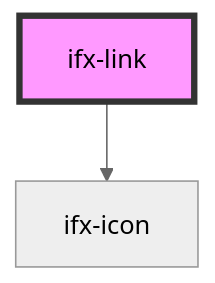
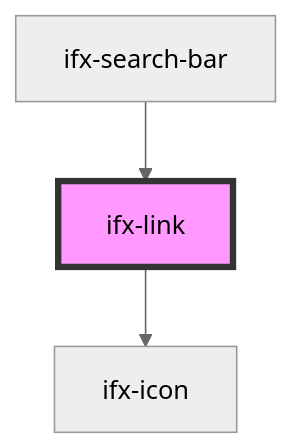
One commit to Infineon/infineon-design-system-stencil changed the diagram in src/components/link/readme.md. Above: the diagram before and after it, drawn with Mermaid (neutral theme). The commit also changed other lines of this file and 19 other files, not shown here.

````diff
--- a/src/components/link/readme.md
+++ b/src/components/link/readme.md
@@ -26,5 +30,6 @@
 ```mermaid
 graph TD;
   ifx-link --> ifx-icon
+  ifx-search-bar --> ifx-link
   style ifx-link fill:#f9f,stroke:#333,stroke-width:4px
 ```
````
